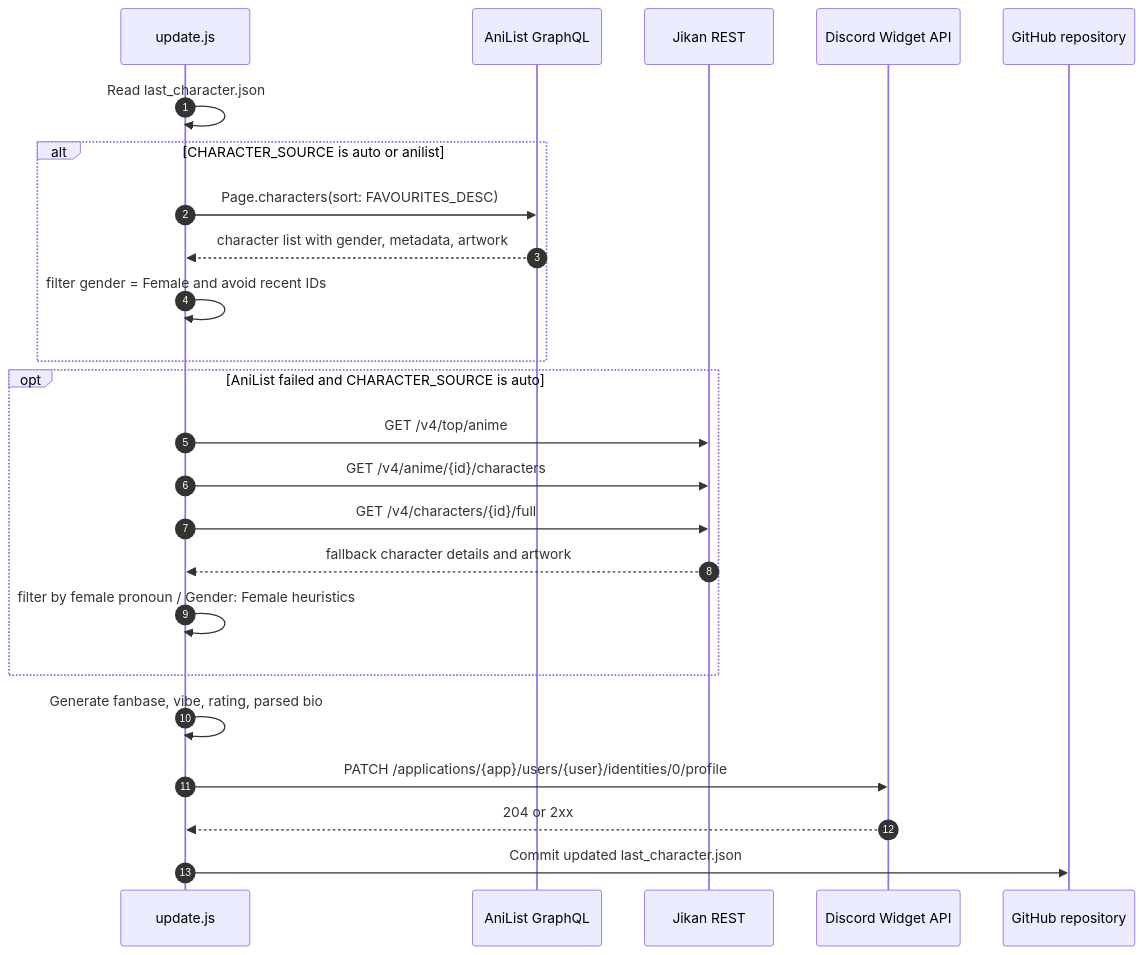
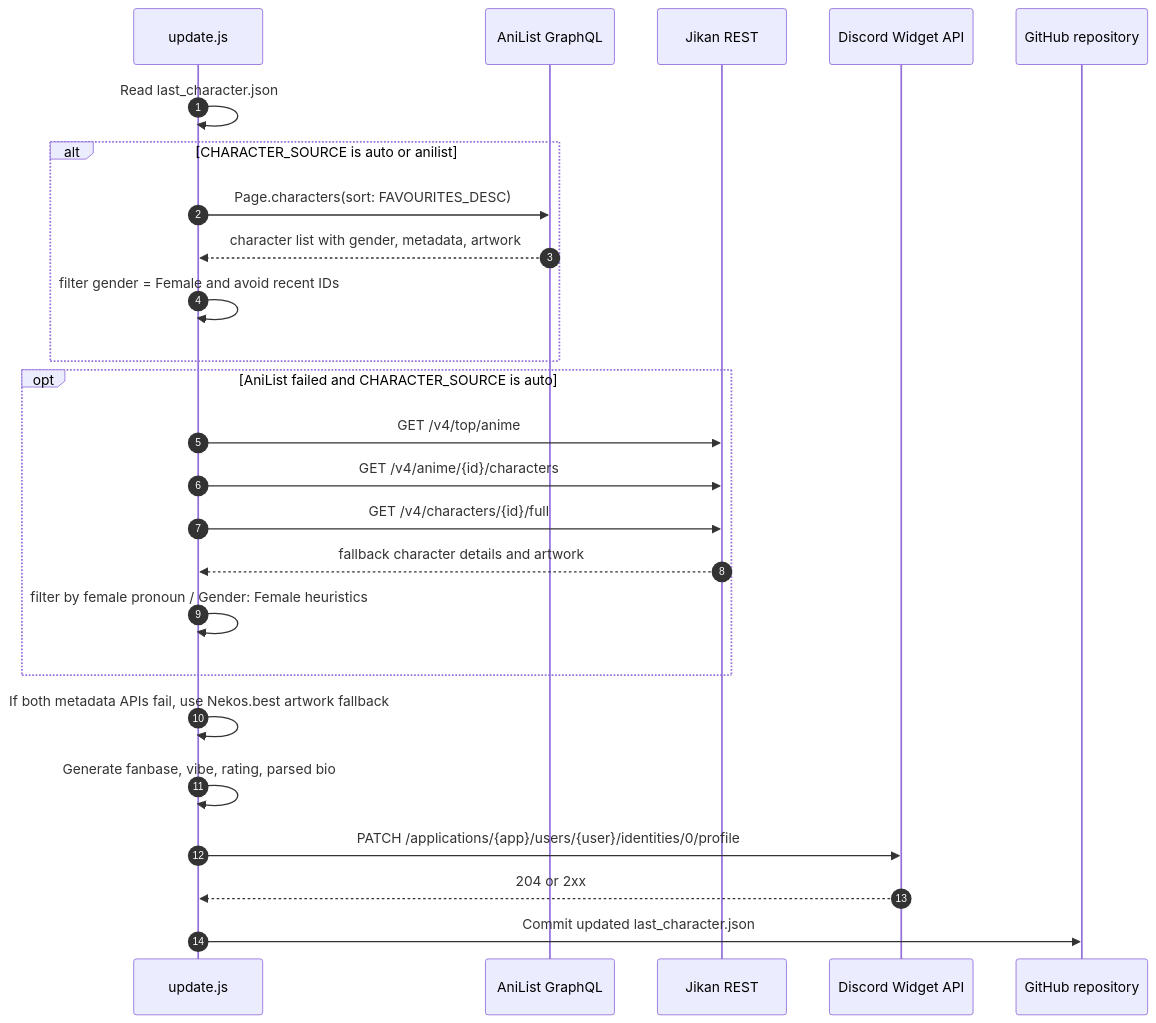
Before and after one commit to MeYashverma/discord-waifu-widget: the diagram in docs/API_FLOW.md, drawn with Mermaid. The commit also changed other lines of this file and 8 other files, not shown here.

````diff
--- a/docs/API_FLOW.md
+++ b/docs/API_FLOW.md
@@ -20,30 +21,31 @@
 ```mermaid
 sequenceDiagram
     autonumber
     participant App as update.js
     participant AniList as AniList GraphQL
     participant Jikan as Jikan REST
     participant Discord as Discord Widget API
     participant Git as GitHub repository
 
     App->>App: Read last_character.json
 
     alt CHARACTER_SOURCE is auto or anilist
         App->>AniList: Page.characters(sort: FAVOURITES_DESC)
         AniList-->>App: character list with gender, metadata, artwork
         App->>App: filter gender = Female and avoid recent IDs
     end
 
     opt AniList failed and CHARACTER_SOURCE is auto
         App->>Jikan: GET /v4/top/anime
         App->>Jikan: GET /v4/anime/{id}/characters
         App->>Jikan: GET /v4/characters/{id}/full
         Jikan-->>App: fallback character details and artwork
         App->>App: filter by female pronoun / Gender: Female heuristics
     end
 
+    App->>App: If both metadata APIs fail, use Nekos.best artwork fallback
     App->>App: Generate fanbase, vibe, rating, parsed bio
     App->>Discord: PATCH /applications/{app}/users/{user}/identities/0/profile
     Discord-->>App: 204 or 2xx
     App->>Git: Commit updated last_character.json
 ```
````
